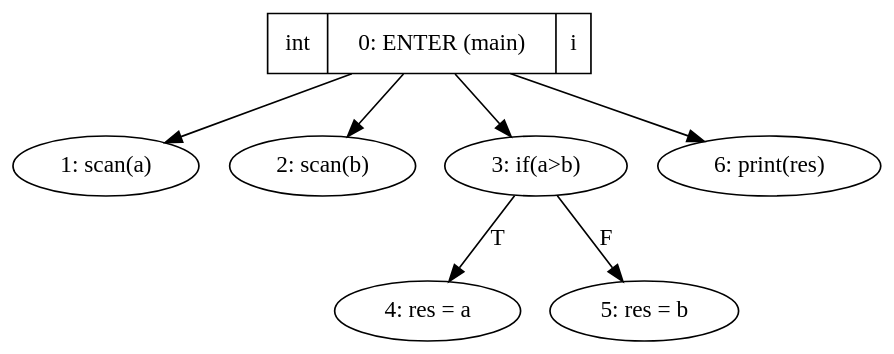
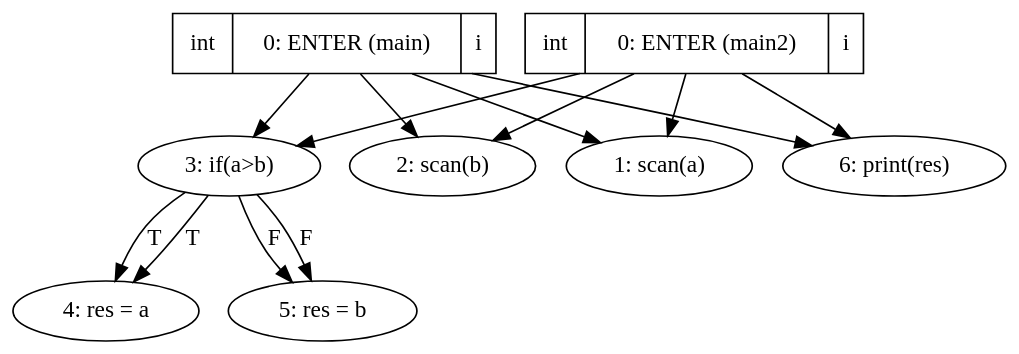
The diagram in Final/Cmb/Gramatica/output/sdg.gv (MiguelCosta/ATS), drawn with Graphviz before and after one commit. The commit also changed 162 other files, not shown here.

```diff
--- a/Final/Cmb/Gramatica/output/sdg.gv
+++ b/Final/Cmb/Gramatica/output/sdg.gv
@@ -1,20 +1,37 @@
 digraph mainmapSDG {
 graph [bgcolor=transparent];
 "0:ENTER (main)"[shape=record, label="{{int|0: ENTER (main)|i}}"];
 "1:scan(a)"[label="1: scan(a)"];
 "2:scan(b)"[label="2: scan(b)"];
 "3:if(a>b)"[label="3: if(a>b)"];
 "4:res = a"[label="4: res = a"];
 "5:res = b"[label="5: res = b"];
 "6:print(res)"[label="6: print(res)"];
 
 
 "0:ENTER (main)" -> "1:scan(a)";
 	"0:ENTER (main)" -> "2:scan(b)";
 	"0:ENTER (main)" -> "3:if(a>b)";
 	"0:ENTER (main)" -> "6:print(res)";
 	"3:if(a>b)" -> "4:res = a"[label="T"];
 	"3:if(a>b)" -> "5:res = b"[label="F"];
 	
 
+"0:ENTER (main2)"[shape=record, label="{{int|0: ENTER (main2)|i}}"];
+"1:scan(a)"[label="1: scan(a)"];
+"2:scan(b)"[label="2: scan(b)"];
+"3:if(a>b)"[label="3: if(a>b)"];
+"4:res = a"[label="4: res = a"];
+"5:res = b"[label="5: res = b"];
+"6:print(res)"[label="6: print(res)"];
+
+
+"0:ENTER (main2)" -> "1:scan(a)";
+	"0:ENTER (main2)" -> "2:scan(b)";
+	"0:ENTER (main2)" -> "3:if(a>b)";
+	"0:ENTER (main2)" -> "6:print(res)";
+	"3:if(a>b)" -> "4:res = a"[label="T"];
+	"3:if(a>b)" -> "5:res = b"[label="F"];
+	
+
 }
```
